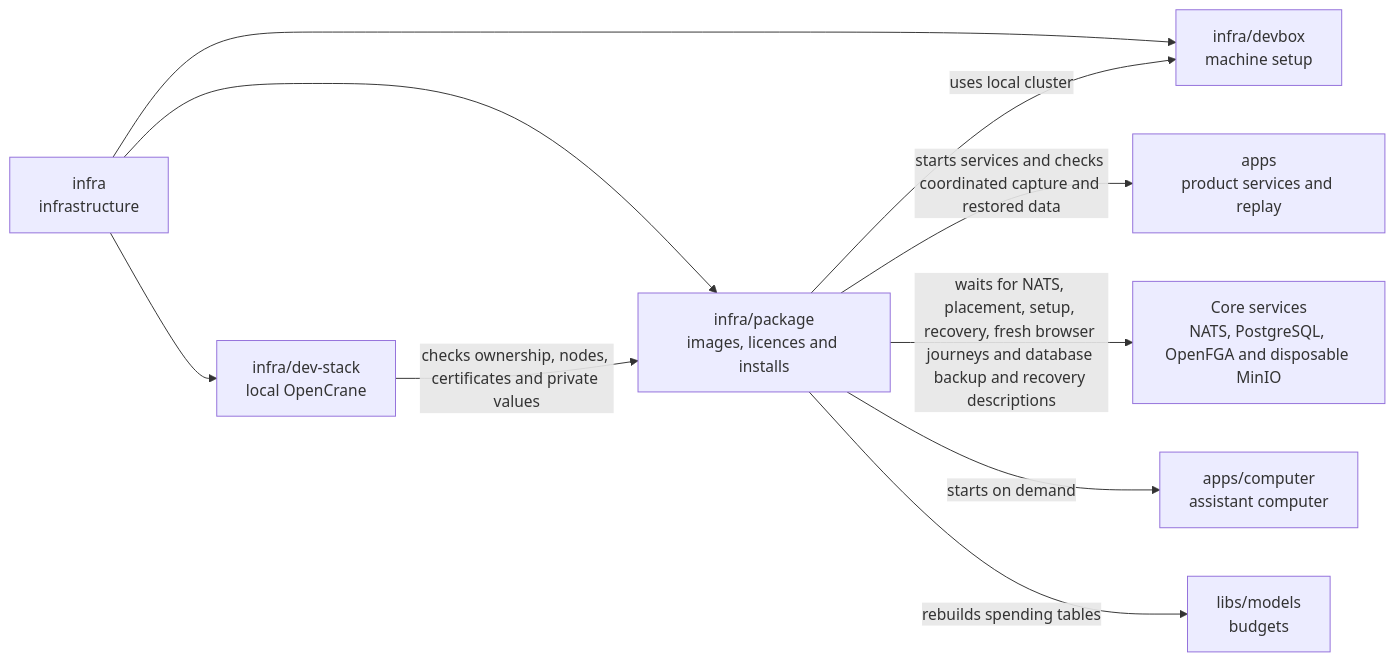
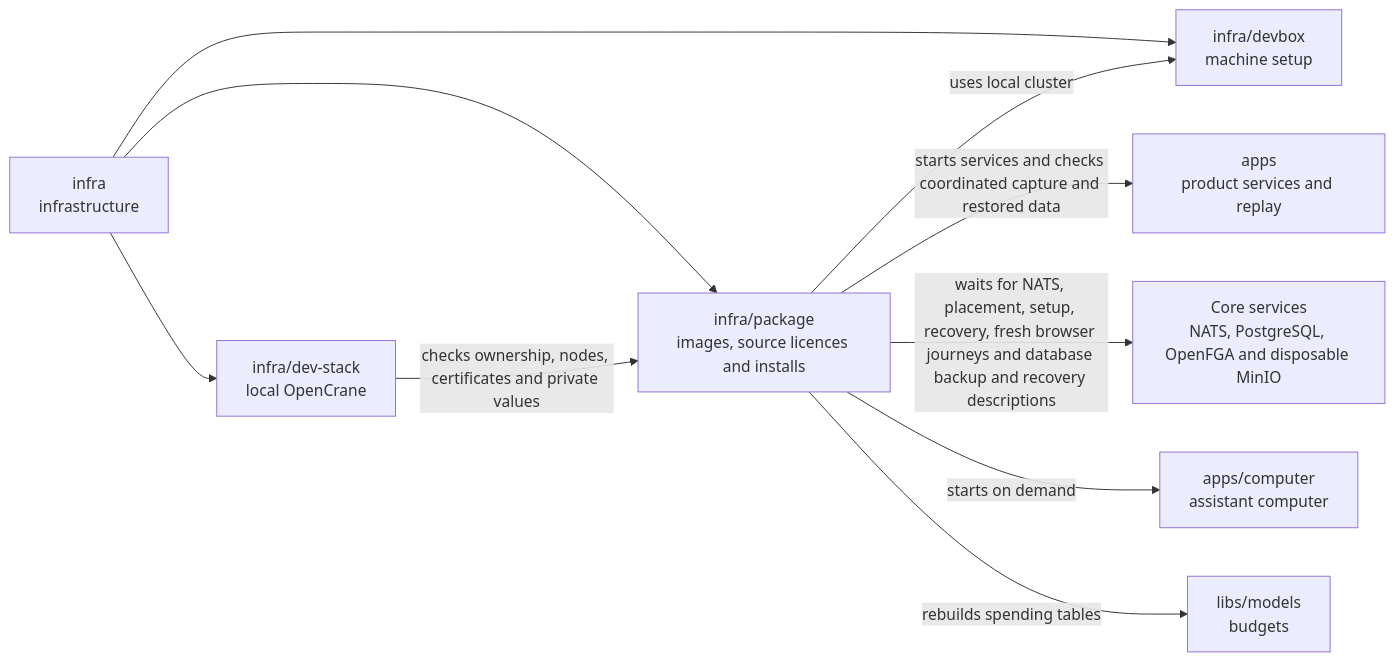
Before and after one commit to elewa-git/opencrane-new: the diagram in infra/package/README.md, drawn with Mermaid. The commit also changed other lines of this file and 8 other files, not shown here.

First line of the commit message:
📦 The PCRE licence terms in the package image are resolved against signed source and shipped bytes (#791)

````diff
--- a/infra/package/README.md
+++ b/infra/package/README.md
@@ -19,12 +19,12 @@
 ```mermaid
 flowchart LR
-  infra["infra<br/>infrastructure"] --> package["infra/package<br/>images, licences and installs"]
+  infra["infra<br/>infrastructure"] --> package["infra/package<br/>images, source licences and installs"]
   infra --> stack["infra/dev-stack<br/>local OpenCrane"]
   infra --> devbox["infra/devbox<br/>machine setup"]
   stack -->|checks ownership, nodes, certificates and private values| package
   package -->|uses local cluster| devbox
   package -->|starts services and checks coordinated capture and restored data| apps["apps<br/>product services and replay"]
   package -->|waits for NATS, placement, setup, recovery, fresh browser journeys and database backup and recovery descriptions| services["Core services<br/>NATS, PostgreSQL, OpenFGA and disposable MinIO"]
   package -->|starts on demand| computer["apps/computer<br/>assistant computer"]
   package -->|rebuilds spending tables| models["libs/models<br/>budgets"]
 ```
````
